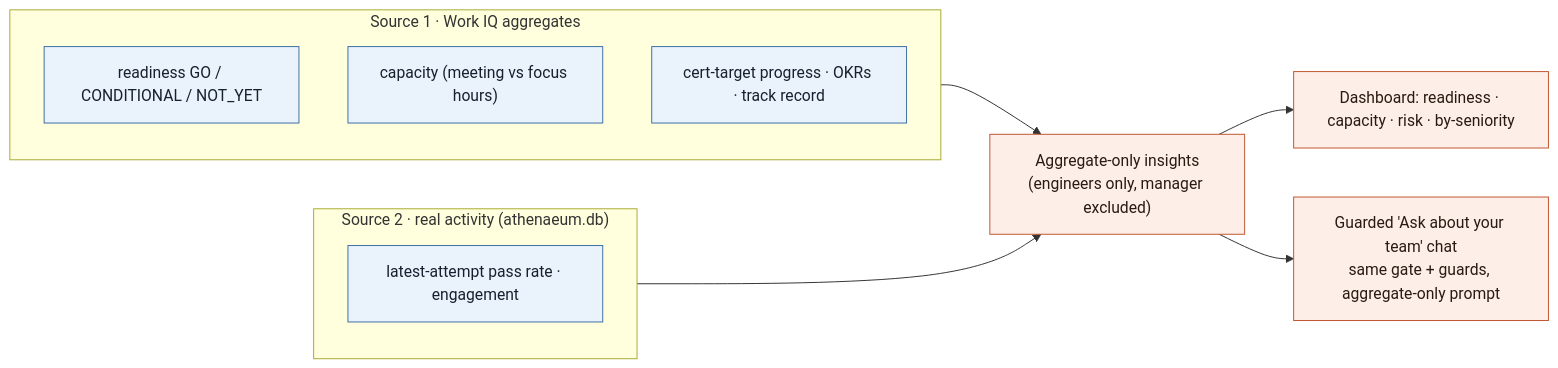
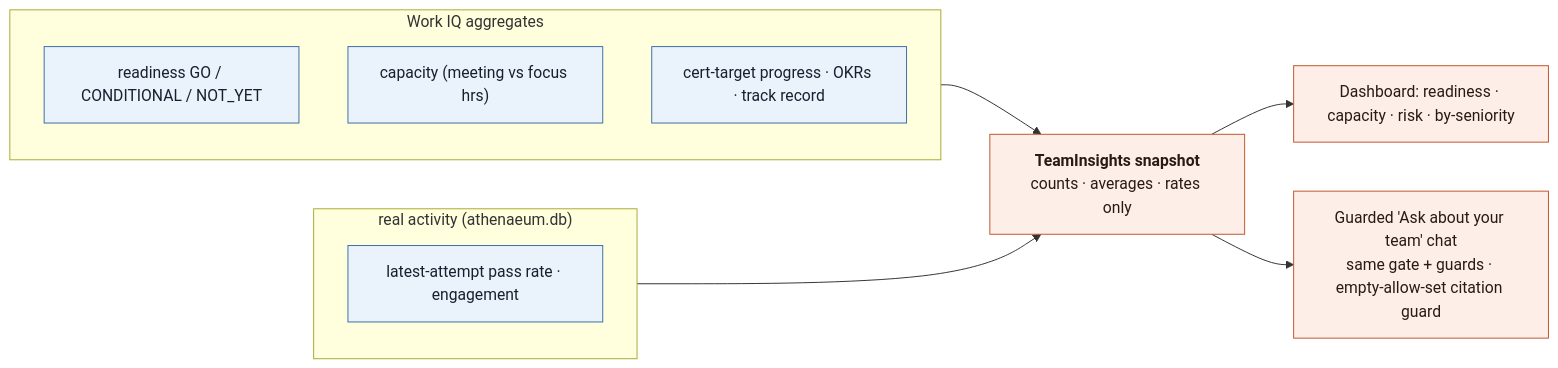
Before and after one commit to theCodeForgerHQ/msf-reasoning-agent: the ninth of 10 diagrams in README.md, drawn with Mermaid. The commit also changed other lines of this file and 2 other files, not shown here.

First line of the commit message:
Enhance insights dashboard and manager workspace

````diff
--- a/README.md
+++ b/README.md
@@ -416,18 +416,18 @@
 ```mermaid
 flowchart LR
     classDef src fill:#eaf2fb,stroke:#3b6ea5,color:#15212e
     classDef agg fill:#fdeee7,stroke:#c0562f,color:#2b1a12
 
-    subgraph S1["Source 1 · Work IQ aggregates"]
+    subgraph S1["Work IQ aggregates"]
         RD["readiness GO / CONDITIONAL / NOT_YET"]:::src
-        CAP2["capacity (meeting vs focus hours)"]:::src
+        CAP["capacity (meeting vs focus hrs)"]:::src
         CT["cert-target progress · OKRs · track record"]:::src
     end
-    subgraph S2["Source 2 · real activity (athenaeum.db)"]
+    subgraph S2["real activity (athenaeum.db)"]
         ENG["latest-attempt pass rate · engagement"]:::src
     end
-    S1 --> AGG["Aggregate-only insights<br/>(engineers only, manager excluded)"]:::agg
+    S1 --> AGG["<b>TeamInsights snapshot</b><br/>counts · averages · rates only"]:::agg
     S2 --> AGG
     AGG --> DASH["Dashboard: readiness · capacity · risk · by-seniority"]:::agg
-    AGG --> CHAT["Guarded 'Ask about your team' chat<br/>same gate + guards, aggregate-only prompt"]:::agg
+    AGG --> CHAT["Guarded 'Ask about your team' chat<br/>same gate + guards · empty-allow-set citation guard"]:::agg
 ```
````
